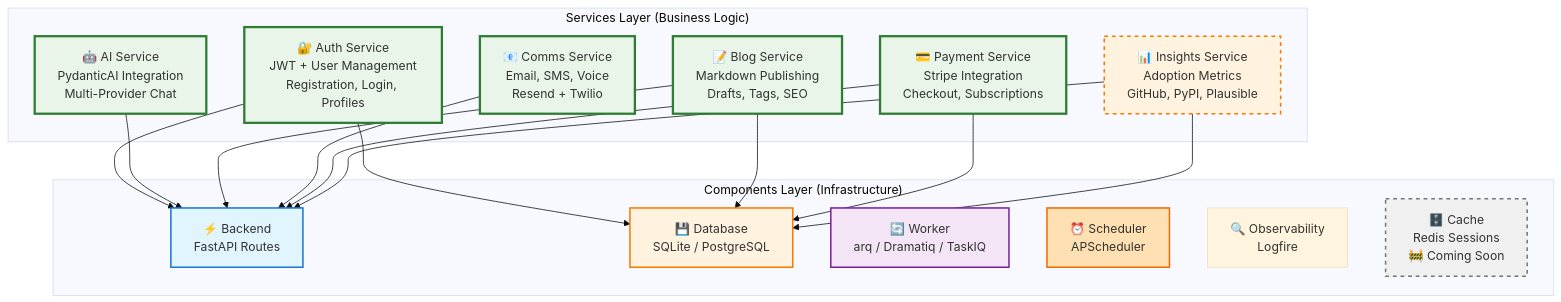
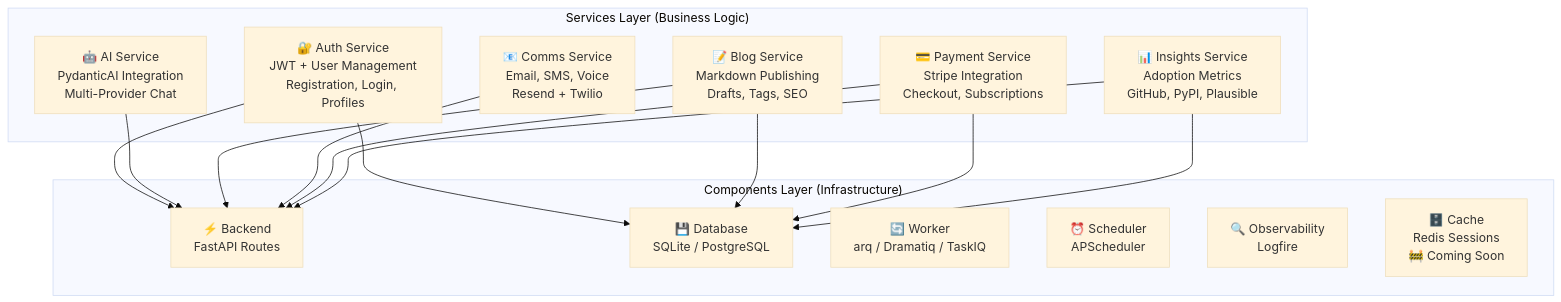
The first of 4 diagrams in docs/services/index.md (bhardwajRahul/aegis-stack), drawn with Mermaid (base theme) before and after one commit. The commit also changed other lines of this file and 26 other files, not shown here.

````diff
--- a/docs/services/index.md
+++ b/docs/services/index.md
@@ -11,43 +11,32 @@
 ```mermaid
 graph TB
     subgraph "Services Layer (Business Logic)"
-        Auth[🔐 Auth Service<br/>JWT + User Management<br/>Registration, Login, Profiles]
-        AI[🤖 AI Service<br/>PydanticAI Integration<br/>Multi-Provider Chat]
-        Blog[📝 Blog Service<br/>Markdown Publishing<br/>Drafts, Tags, SEO]
-        Comms[📧 Comms Service<br/>Email, SMS, Voice<br/>Resend + Twilio]
-        Payment[💳 Payment Service<br/>Stripe Integration<br/>Checkout, Subscriptions]
-        Insights[📊 Insights Service<br/>Adoption Metrics<br/>GitHub, PyPI, Plausible]
+        Auth["🔐 Auth Service<br/>JWT + User Management<br/>Registration, Login, Profiles"]
+        AI["🤖 AI Service<br/>PydanticAI Integration<br/>Multi-Provider Chat"]
+        Blog["📝 Blog Service<br/>Markdown Publishing<br/>Drafts, Tags, SEO"]
+        Comms["📧 Comms Service<br/>Email, SMS, Voice<br/>Resend + Twilio"]
+        Payment["💳 Payment Service<br/>Stripe Integration<br/>Checkout, Subscriptions"]
+        Insights["📊 Insights Service<br/>Adoption Metrics<br/>GitHub, PyPI, Plausible"]
     end
 
     subgraph "Components Layer (Infrastructure)"
-        Backend[⚡ Backend<br/>FastAPI Routes]
-        Database[💾 Database<br/>SQLite / PostgreSQL]
-        Worker[🔄 Worker<br/>arq / Dramatiq / TaskIQ]
-        Scheduler[⏰ Scheduler<br/>APScheduler]
-        Observability[🔍 Observability<br/>Logfire]
-        Cache[🗄️ Cache<br/>Redis Sessions<br/>🚧 Coming Soon]
+        Backend["⚡ Backend<br/>FastAPI Routes"]
+        Database["💾 Database<br/>SQLite / PostgreSQL"]
+        Worker["🔄 Worker<br/>arq / Dramatiq / TaskIQ"]
+        Scheduler["⏰ Scheduler<br/>APScheduler"]
+        Observability["🔍 Observability<br/>Logfire"]
+        Cache["🗄️ Cache<br/>Redis Sessions<br/>🚧 Coming Soon"]
     end
 
     Auth --> Backend
     Auth --> Database
     AI --> Backend
     Blog --> Backend
     Blog --> Database
     Comms --> Backend
     Payment --> Backend
     Payment --> Database
     Insights --> Backend
     Insights --> Database
 
-    style Auth fill:#e8f5e8,stroke:#2e7d32,stroke-width:3px
-    style AI fill:#e8f5e8,stroke:#2e7d32,stroke-width:3px
-    style Blog fill:#e8f5e8,stroke:#2e7d32,stroke-width:3px
-    style Comms fill:#e8f5e8,stroke:#2e7d32,stroke-width:3px
-    style Payment fill:#e8f5e8,stroke:#2e7d32,stroke-width:3px
-    style Insights fill:#fff3e0,stroke:#f57c00,stroke-width:2px,stroke-dasharray: 5 5
-    style Backend fill:#e1f5fe,stroke:#1976d2,stroke-width:2px
-    style Database fill:#fff3e0,stroke:#f57c00,stroke-width:2px
-    style Worker fill:#f3e5f5,stroke:#7b1fa2,stroke-width:2px
-    style Scheduler fill:#ffe0b2,stroke:#ef6c00,stroke-width:2px
-    style Cache fill:#f0f0f0,stroke:#757575,stroke-width:2px,stroke-dasharray: 5 5
 ```
````
